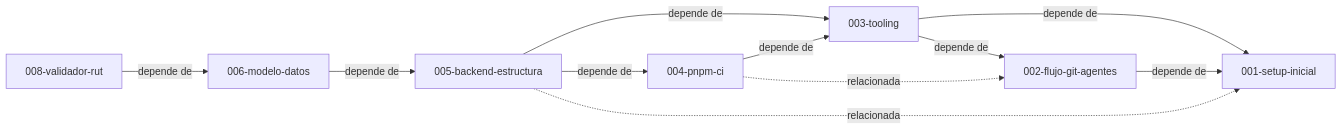
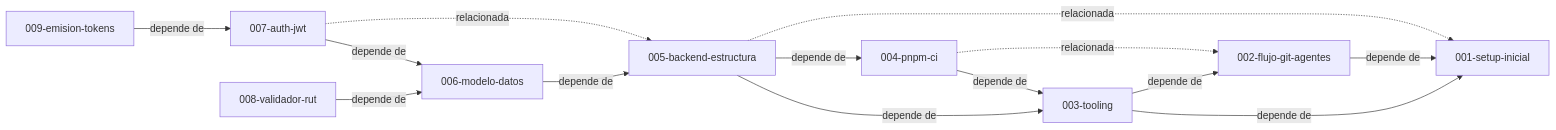
Before and after one commit to DavidSlva/financial-risk-manager: the diagram in docs/specs/README.md, drawn with Mermaid. The commit also changed other lines of this file and 5 other files, not shown here.

````diff
--- a/docs/specs/README.md
+++ b/docs/specs/README.md
@@ -19,20 +21,25 @@
 ```mermaid
 graph LR
   S001[001-setup-inicial]
   S002[002-flujo-git-agentes]
   S003[003-tooling]
   S004[004-pnpm-ci]
   S005[005-backend-estructura]
   S006[006-modelo-datos]
+  S007[007-auth-jwt]
   S008[008-validador-rut]
+  S009[009-emision-tokens]
   S002 -->|depende de| S001
   S003 -->|depende de| S001
   S003 -->|depende de| S002
   S004 -->|depende de| S003
   S004 -.->|relacionada| S002
   S005 -->|depende de| S003
   S005 -->|depende de| S004
   S005 -.->|relacionada| S001
   S006 -->|depende de| S005
   S008 -->|depende de| S006
+  S007 -->|depende de| S006
+  S007 -.->|relacionada| S005
+  S009 -->|depende de| S007
 ```
````
